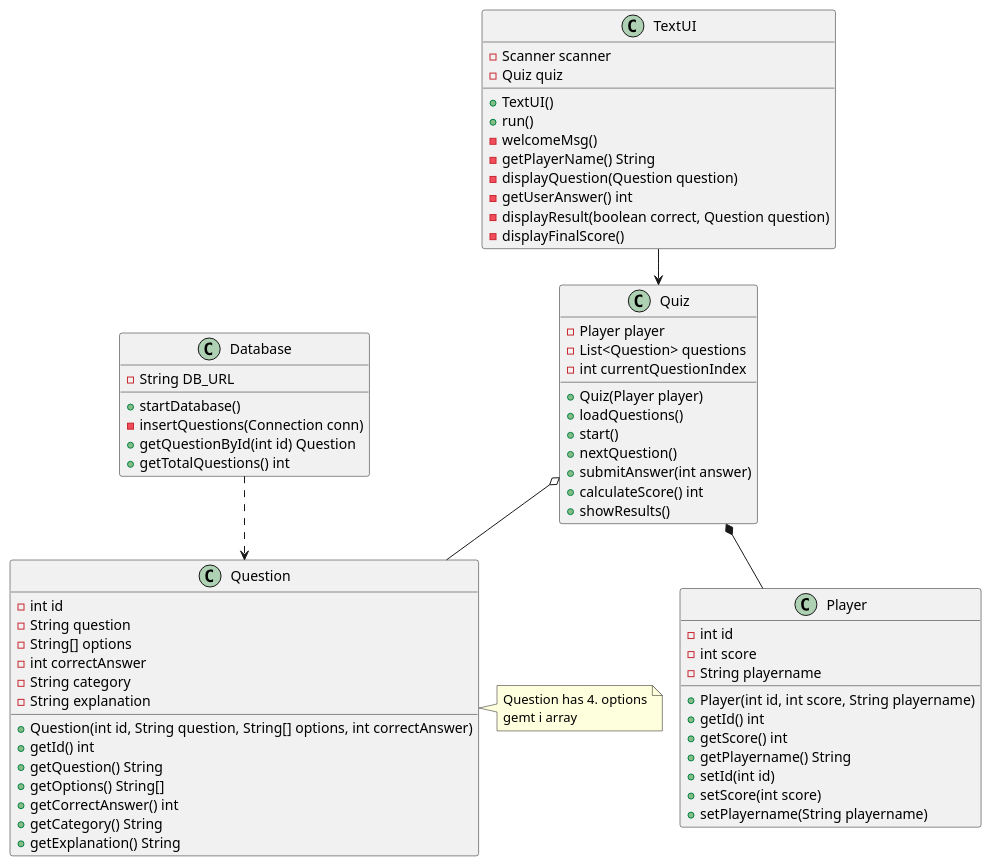
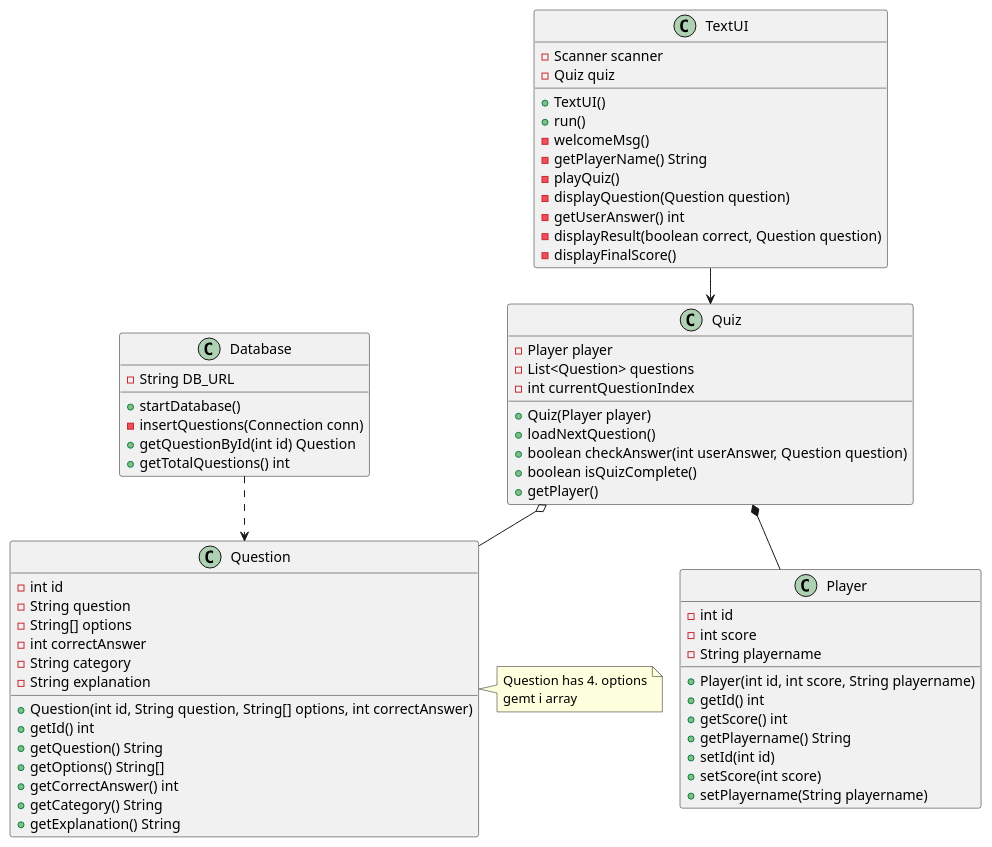
One commit to MalakKh1/ICESP4 changed the diagram in doc-diagram/Klassediagram.puml. Above: the diagram before and after it, drawn with PlantUML. The commit also changed 10 other files, not shown here.

Commit message:
klassediagram rettet

```diff
--- a/doc-diagram/Klassediagram.puml
+++ b/doc-diagram/Klassediagram.puml
@@ -1,86 +1,85 @@
 @startuml
 
 !pragma layout smetana
 
 class Quiz
 class Player
 class Question
 class Database
 class TextUI
 
 TextUI --> Quiz
 
 Quiz *-- Player
 Quiz o-- Question
 
 Database ..> Question
 note right of Question
    Question has 4. options
    gemt i array
 end note
 
 
 class Database {
 - String DB_URL
 + startDatabase()
 - insertQuestions(Connection conn)
 + getQuestionById(int id) Question
 + getTotalQuestions() int
 }
 
 class Player {
 - int id
 - int score
 - String playername
 + Player(int id, int score, String playername)
 + getId() int
 + getScore() int
 + getPlayername() String
 + setId(int id)
 + setScore(int score)
 + setPlayername(String playername)
 }
 
 class Question {
 - int id
 - String question
 - String[] options
 - int correctAnswer
 - String category
 - String explanation
 + Question(int id, String question, String[] options, int correctAnswer)
 + getId() int
 + getQuestion() String
 + getOptions() String[]
 + getCorrectAnswer() int
 + getCategory() String
 + getExplanation() String
 }
 
 class Quiz {
 - Player player
 - List<Question> questions
 - int currentQuestionIndex
 + Quiz(Player player)
-+ loadQuestions()
-+ start()
-+ nextQuestion()
-+ submitAnswer(int answer)
-+ calculateScore() int
-+ showResults()
++ loadNextQuestion()
++ boolean checkAnswer(int userAnswer, Question question)
++ boolean isQuizComplete()
++ getPlayer()
 }
 
 class TextUI {
 - Scanner scanner
 - Quiz quiz
 + TextUI()
 + run()
 - welcomeMsg()
 - getPlayerName() String
+- playQuiz()
 - displayQuestion(Question question)
 - getUserAnswer() int
 - displayResult(boolean correct, Question question)
 - displayFinalScore()
 }
 
 @enduml
```
